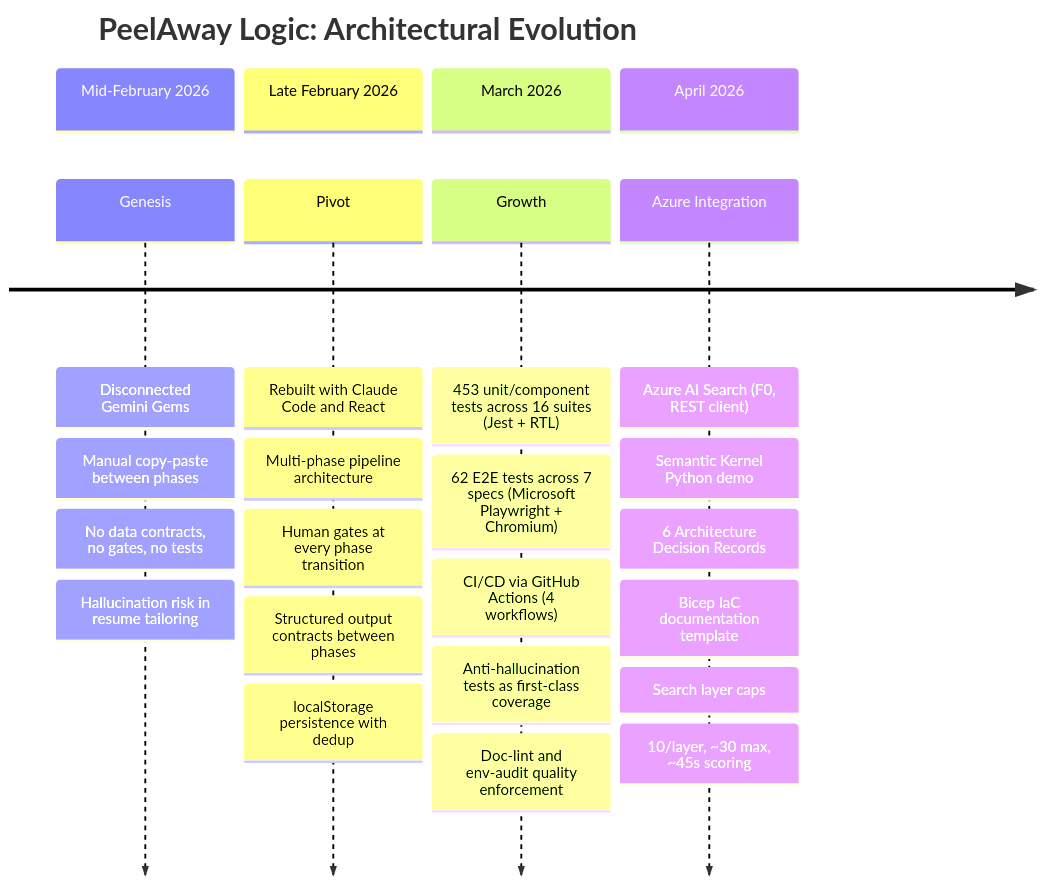
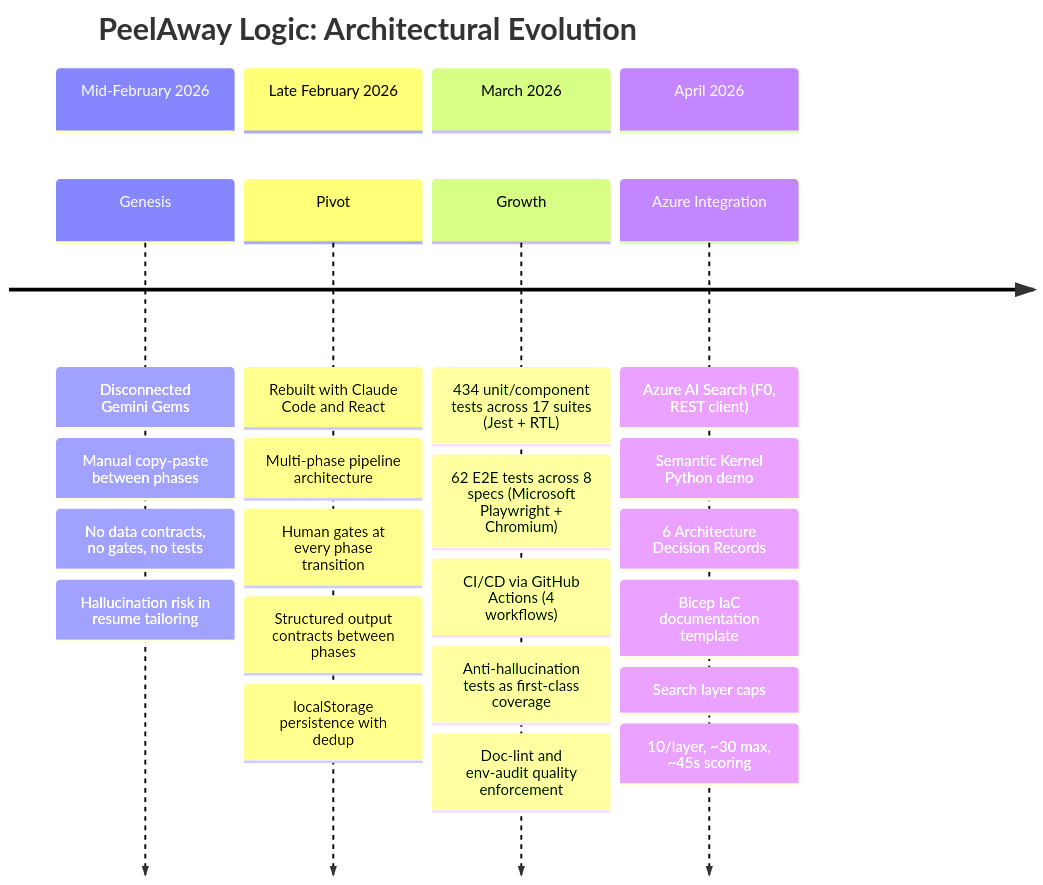
The fifth of 5 diagrams in peelaway-logic/docs/architecture/ARCHITECTURE.md (CarmenReed/AI-Claude-Code-Ecosystem), drawn with Mermaid before and after one commit. The commit also changed 4 other files, not shown here.

````diff
--- a/peelaway-logic/docs/architecture/ARCHITECTURE.md
+++ b/peelaway-logic/docs/architecture/ARCHITECTURE.md
@@ -142,27 +142,27 @@
 ```mermaid
 timeline
     title PeelAway Logic: Architectural Evolution
     section Mid-February 2026
         Genesis : Disconnected Gemini Gems
                 : Manual copy-paste between phases
                 : No data contracts, no gates, no tests
                 : Hallucination risk in resume tailoring
     section Late February 2026
         Pivot : Rebuilt with Claude Code and React
               : Multi-phase pipeline architecture
               : Human gates at every phase transition
               : Structured output contracts between phases
               : localStorage persistence with dedup
     section March 2026
-        Growth : 453 unit/component tests across 16 suites (Jest + RTL)
-               : 62 E2E tests across 7 specs (Microsoft Playwright + Chromium)
+        Growth : 434 unit/component tests across 17 suites (Jest + RTL)
+               : 62 E2E tests across 8 specs (Microsoft Playwright + Chromium)
                : CI/CD via GitHub Actions (4 workflows)
                : Anti-hallucination tests as first-class coverage
                : Doc-lint and env-audit quality enforcement
     section April 2026
         Azure Integration : Azure AI Search (F0, REST client)
                           : Semantic Kernel Python demo
                           : 6 Architecture Decision Records
                           : Bicep IaC documentation template
                           : Search layer caps: 10/layer, ~30 max, ~45s scoring
 ```
````
